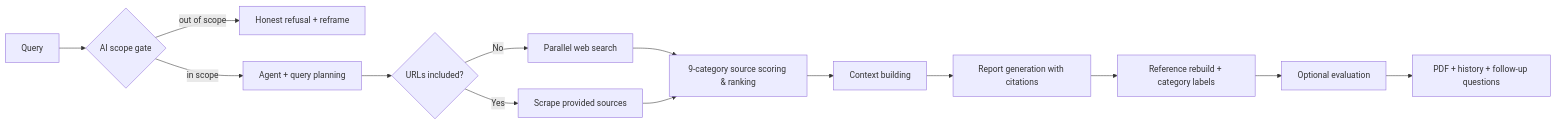
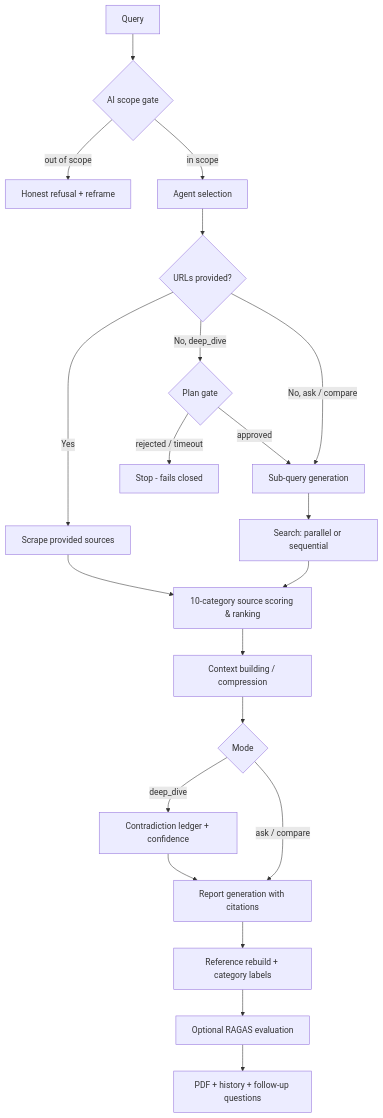
The diagram in README.md (phamvanhoang9/atlas), drawn with Mermaid before and after one commit. The commit also changed other lines of this file, not shown here.

````diff
--- a/README.md
+++ b/README.md
@@ -55,16 +68,23 @@
 ```mermaid
-flowchart LR
+flowchart TD
     A[Query] --> S{AI scope gate}
     S -->|out of scope| R[Honest refusal + reframe]
-    S -->|in scope| B[Agent + query planning]
-    B --> C{URLs included?}
+    S -->|in scope| B[Agent selection]
+    B --> C{URLs provided?}
     C -->|Yes| D[Scrape provided sources]
-    C -->|No| E[Parallel web search]
-    E --> F[9-category source scoring & ranking]
-    D --> F
-    F --> G[Context building]
-    G --> H[Report generation with citations]
-    H --> I[Reference rebuild + category labels]
-    I --> J[Optional evaluation]
-    J --> K[PDF + history + follow-up questions]
+    C -->|No, deep_dive| P{Plan gate}
+    C -->|No, ask / compare| E[Sub-query generation]
+    P -->|rejected / timeout| X[Stop - fails closed]
+    P -->|approved| E
+    E --> F[Search: parallel or sequential]
+    D --> G
+    F --> G[10-category source scoring & ranking]
+    G --> H[Context building / compression]
+    H --> I{Mode}
+    I -->|deep_dive| J[Contradiction ledger + confidence]
+    I -->|ask / compare| K
+    J --> K[Report generation with citations]
+    K --> L[Reference rebuild + category labels]
+    L --> M[Optional RAGAS evaluation]
+    M --> N[PDF + history + follow-up questions]
 ```
````
